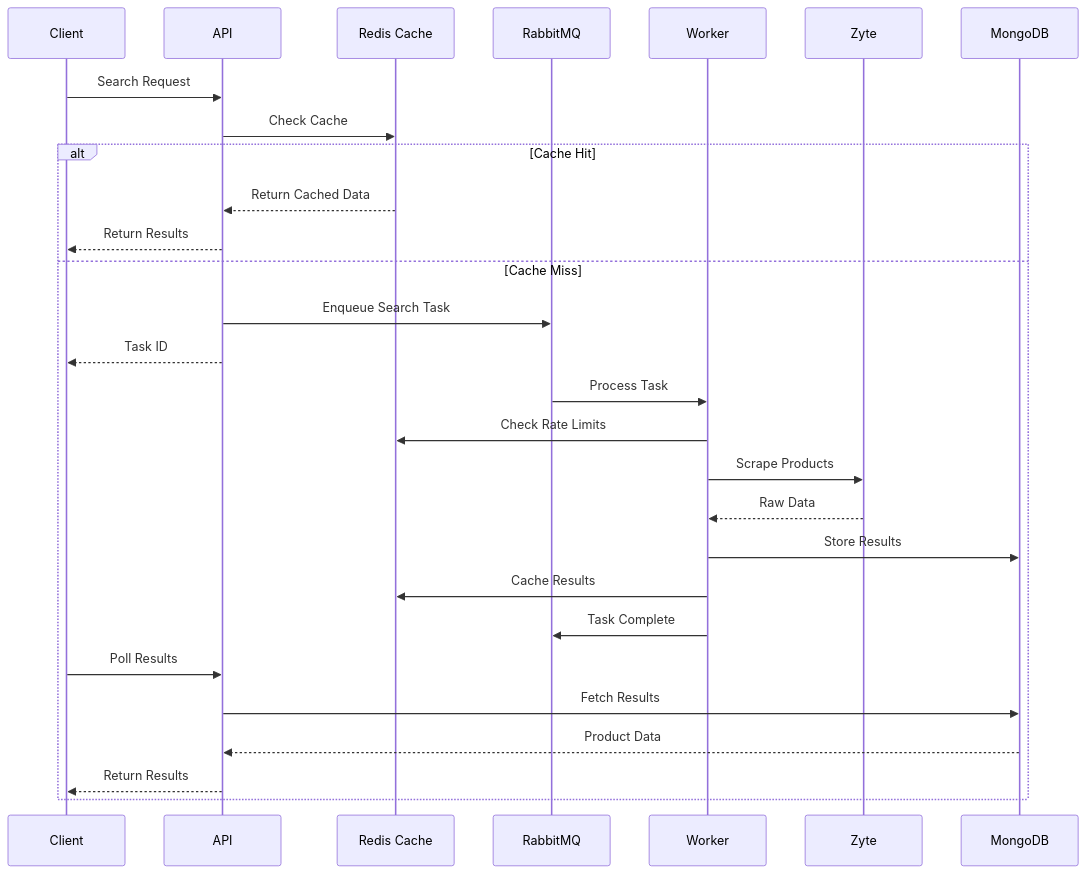
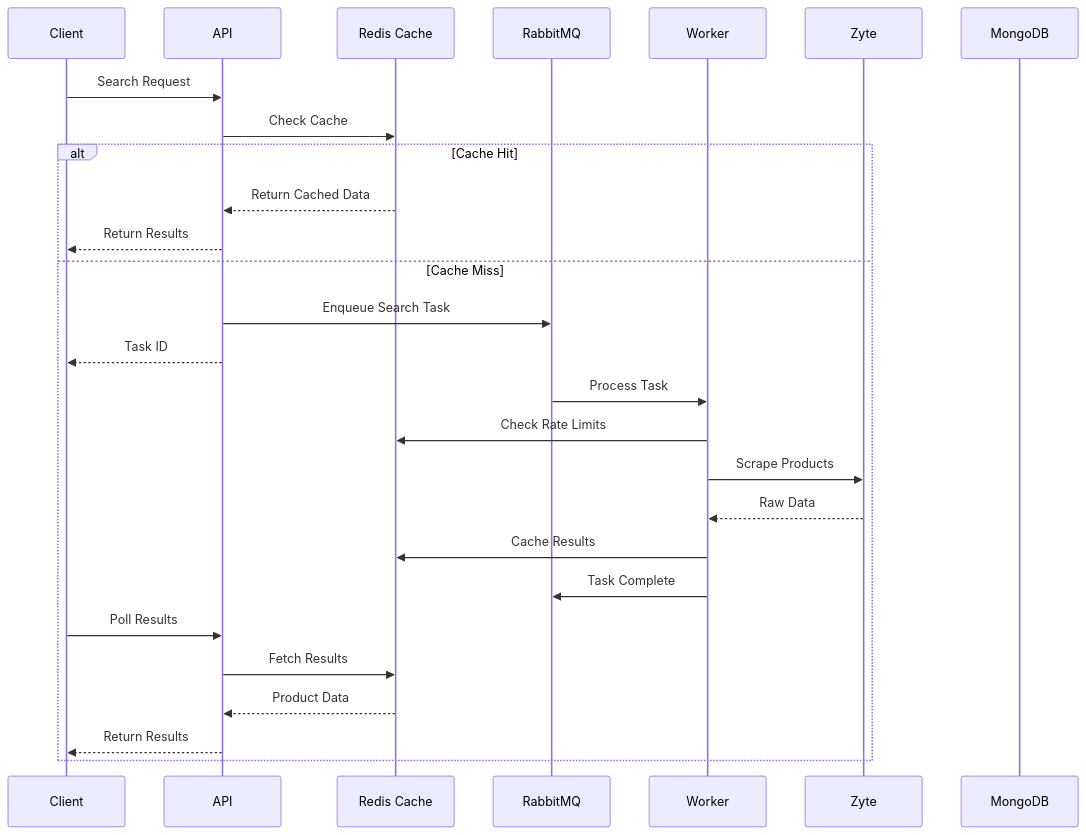
The second of 2 diagrams in README.md (The-Deep-Hub/product-scraper-comparison), drawn with Mermaid before and after one commit. The commit also changed other lines of this file, not shown here.

Commit message:
Update architecture diagram

````diff
--- a/README.md
+++ b/README.md
@@ -38,31 +99,30 @@
 ```mermaid
 sequenceDiagram
     participant C as Client
     participant A as API
     participant R as Redis Cache
     participant Q as RabbitMQ
     participant W as Worker
     participant Z as Zyte
     participant M as MongoDB
 
     C->>A: Search Request
     A->>R: Check Cache
     alt Cache Hit
         R-->>A: Return Cached Data
         A-->>C: Return Results
     else Cache Miss
         A->>Q: Enqueue Search Task
         A-->>C: Task ID
         Q->>W: Process Task
         W->>R: Check Rate Limits
         W->>Z: Scrape Products
         Z-->>W: Raw Data
-        W->>M: Store Results
         W->>R: Cache Results
         W->>Q: Task Complete
         C->>A: Poll Results
-        A->>M: Fetch Results
-        M-->>A: Product Data
+        A->>R: Fetch Results
+        R-->>A: Product Data
         A-->>C: Return Results
     end
 ```
````
